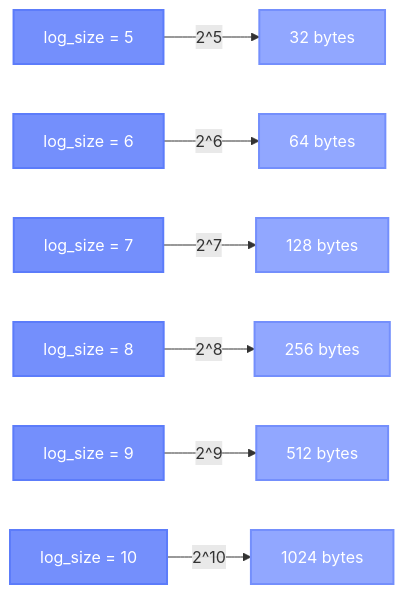
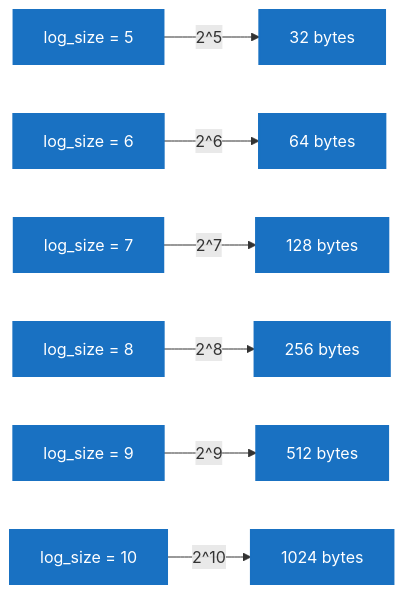
Before and after one commit to RetroCoreLabs/nd500x: diagram 12 of 25 in docs/CALL_and_ENTRY_Points_Explained.md, drawn with Mermaid. The commit also changed other lines of this file, not shown here.

First line of the commit message:
docs: Make Mermaid diagrams WCAG 2.1 Level AA compliant (EAA 2025)

````diff
--- a/docs/CALL_and_ENTRY_Points_Explained.md
+++ b/docs/CALL_and_ENTRY_Points_Explained.md
@@ -494,22 +494,22 @@
 ```mermaid
 graph LR
     L5[log_size = 5] -->|2^5| B32[32 bytes]
     L6[log_size = 6] -->|2^6| B64[64 bytes]
     L7[log_size = 7] -->|2^7| B128[128 bytes]
     L8[log_size = 8] -->|2^8| B256[256 bytes]
     L9[log_size = 9] -->|2^9| B512[512 bytes]
     L10[log_size = 10] -->|2^10| B1024[1024 bytes]
 
-    style L5 fill:#748ffc,stroke:#5c7cfa,stroke-width:2px,color:#fff
-    style L6 fill:#748ffc,stroke:#5c7cfa,stroke-width:2px,color:#fff
-    style L7 fill:#748ffc,stroke:#5c7cfa,stroke-width:2px,color:#fff
-    style L8 fill:#748ffc,stroke:#5c7cfa,stroke-width:2px,color:#fff
-    style L9 fill:#748ffc,stroke:#5c7cfa,stroke-width:2px,color:#fff
-    style L10 fill:#748ffc,stroke:#5c7cfa,stroke-width:2px,color:#fff
-    style B32 fill:#91a7ff,stroke:#748ffc,stroke-width:2px,color:#fff
-    style B64 fill:#91a7ff,stroke:#748ffc,stroke-width:2px,color:#fff
-    style B128 fill:#91a7ff,stroke:#748ffc,stroke-width:2px,color:#fff
-    style B256 fill:#91a7ff,stroke:#748ffc,stroke-width:2px,color:#fff
-    style B512 fill:#91a7ff,stroke:#748ffc,stroke-width:2px,color:#fff
-    style B1024 fill:#91a7ff,stroke:#748ffc,stroke-width:2px,color:#fff
+    style L5 fill:#1971c2,stroke:#1971c2,stroke-width:2px,color:#fff
+    style L6 fill:#1971c2,stroke:#1971c2,stroke-width:2px,color:#fff
+    style L7 fill:#1971c2,stroke:#1971c2,stroke-width:2px,color:#fff
+    style L8 fill:#1971c2,stroke:#1971c2,stroke-width:2px,color:#fff
+    style L9 fill:#1971c2,stroke:#1971c2,stroke-width:2px,color:#fff
+    style L10 fill:#1971c2,stroke:#1971c2,stroke-width:2px,color:#fff
+    style B32 fill:#1971c2,stroke:#1971c2,stroke-width:2px,color:#fff
+    style B64 fill:#1971c2,stroke:#1971c2,stroke-width:2px,color:#fff
+    style B128 fill:#1971c2,stroke:#1971c2,stroke-width:2px,color:#fff
+    style B256 fill:#1971c2,stroke:#1971c2,stroke-width:2px,color:#fff
+    style B512 fill:#1971c2,stroke:#1971c2,stroke-width:2px,color:#fff
+    style B1024 fill:#1971c2,stroke:#1971c2,stroke-width:2px,color:#fff
 ```
````
